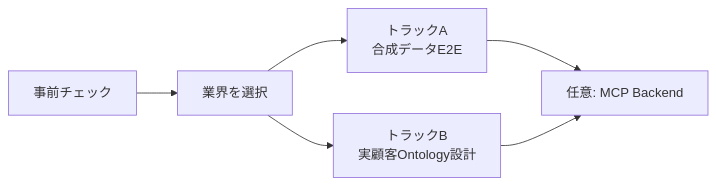
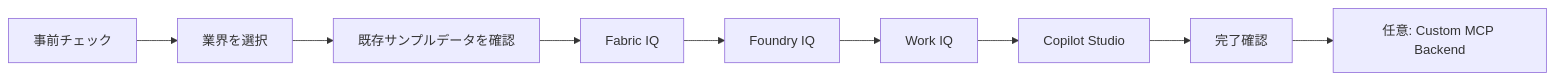
One commit to TK3214-MS/POC-Harness-CustomIQ changed the diagram in docs/labs/index.md. Above: the diagram before and after it, drawn with Mermaid. The commit also changed other lines of this file and 32 other files, not shown here.

````diff
--- a/docs/labs/index.md
+++ b/docs/labs/index.md
@@ -7,8 +7,11 @@
 ```mermaid
 flowchart LR
     A[事前チェック] --> B[業界を選択]
-    B --> C[トラックA<br/>合成データE2E]
-    B --> D[トラックB<br/>実顧客Ontology設計]
-    C --> E[任意: MCP Backend]
-    D --> E
+    B --> C[既存サンプルデータを確認]
+    C --> D[Fabric IQ]
+    D --> E[Foundry IQ]
+    E --> F[Work IQ]
+    F --> G[Copilot Studio]
+    G --> H[完了確認]
+    H --> I[任意: Custom MCP Backend]
 ```
````
